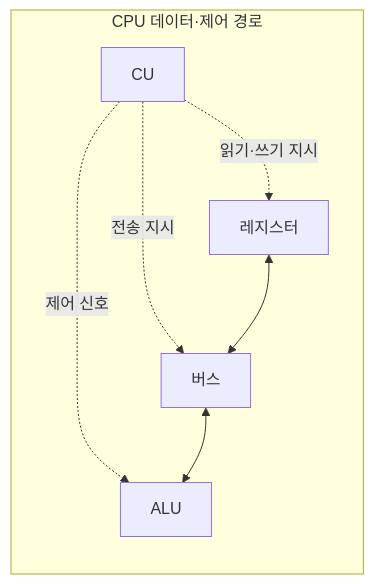
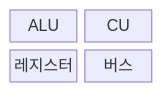
Before and after one commit to agnusdei1207/knowledge-base: the first of 2 diagrams in src/content/docs/notes/02-hardware/002_cpu_components.md, drawn with Mermaid. The commit also changed other lines of this file and 20 other files, not shown here.

````diff
--- a/src/content/docs/notes/02-hardware/002_cpu_components.md
+++ b/src/content/docs/notes/02-hardware/002_cpu_components.md
@@ -65,10 +63,8 @@
 ```mermaid
-flowchart LR
-    subgraph CPU["CPU 데이터·제어 경로"]
-        CU["CU"] -. "제어 신호" .-> ALU["ALU"]
-        CU -. "읽기·쓰기 지시" .-> R["레지스터"]
-        CU -. "전송 지시" .-> B["버스"]
-        R <--> B
-        B <--> ALU
-    end
+block
+    columns 2
+    A["ALU"]
+    C["CU"]
+    R["레지스터"]
+    B["버스"]
 ```
````
